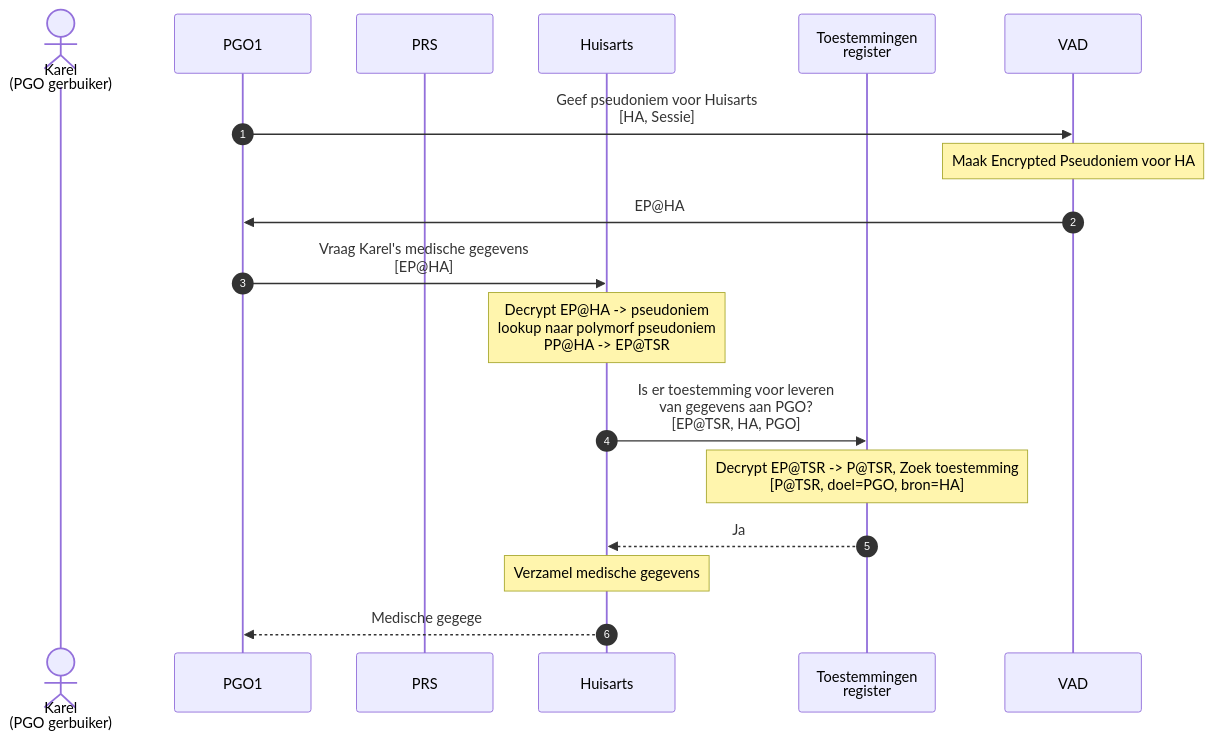
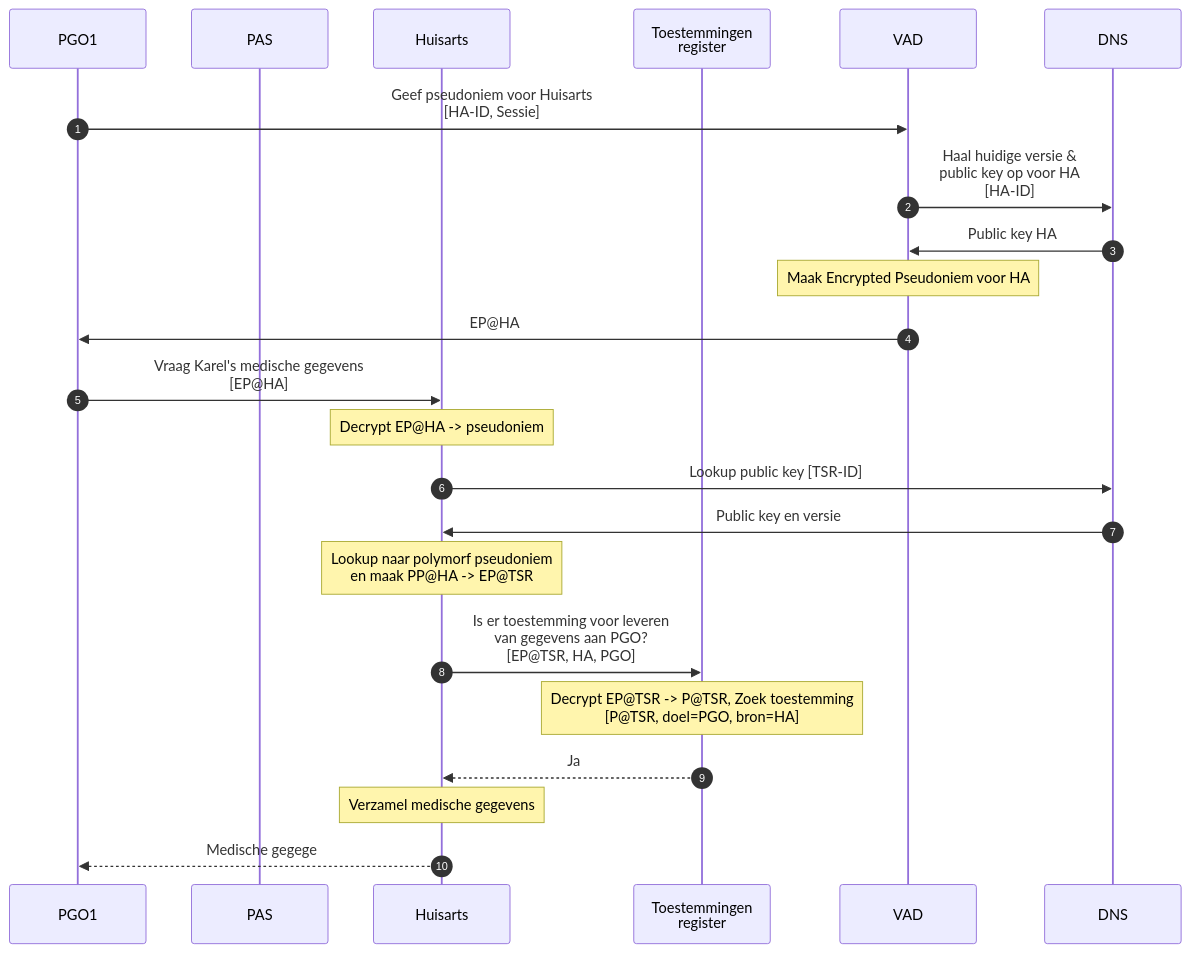
The fourth of 10 diagrams in docs/docs.md (stevenvegt/pep-go), drawn with Mermaid before and after one commit. The commit also changed other lines of this file, not shown here.

Commit message:
Fix voor PGO authenticatie

````diff
--- a/docs/docs.md
+++ b/docs/docs.md
@@ -34,23 +95,27 @@
 ```mermaid
 
 sequenceDiagram
-    actor burger as Karel<br>(PGO gerbuiker)
     participant PGO1
-    participant PRS
+    participant PAS
     participant HA as Huisarts
     participant TSR as Toestemmingen<br> register
 
     autonumber
 
-    PGO1 ->> VAD: Geef pseudoniem voor Huisarts<br> [HA, Sessie]
+    PGO1 ->> VAD: Geef pseudoniem voor Huisarts<br> [HA-ID, Sessie]
+    VAD ->> DNS: Haal huidige versie &<br> public key op voor HA<br>[HA-ID]
+    DNS->>VAD: Public key HA
     note over VAD: Maak Encrypted Pseudoniem voor HA
     VAD ->> PGO1: EP@HA
 
     PGO1 ->> HA: Vraag Karel's medische gegevens<br> [EP@HA]
-    note over HA: Decrypt EP@HA -> pseudoniem<br> lookup naar polymorf pseudoniem<br> PP@HA -> EP@TSR
+    note over HA: Decrypt EP@HA -> pseudoniem
+    HA->>DNS: Lookup public key [TSR-ID]
+    DNS->>HA: Public key en versie
+    note over HA: Lookup naar polymorf pseudoniem<br>en maak PP@HA -> EP@TSR
     HA ->> TSR: Is er toestemming voor leveren<br> van gegevens aan PGO?<br> [EP@TSR, HA, PGO]
     note over TSR: Decrypt EP@TSR -> P@TSR, Zoek toestemming<br> [P@TSR, doel=PGO, bron=HA]
     TSR -->> HA: Ja
     note over HA: Verzamel medische gegevens
     HA -->> PGO1: Medische gegege
 ```
````
